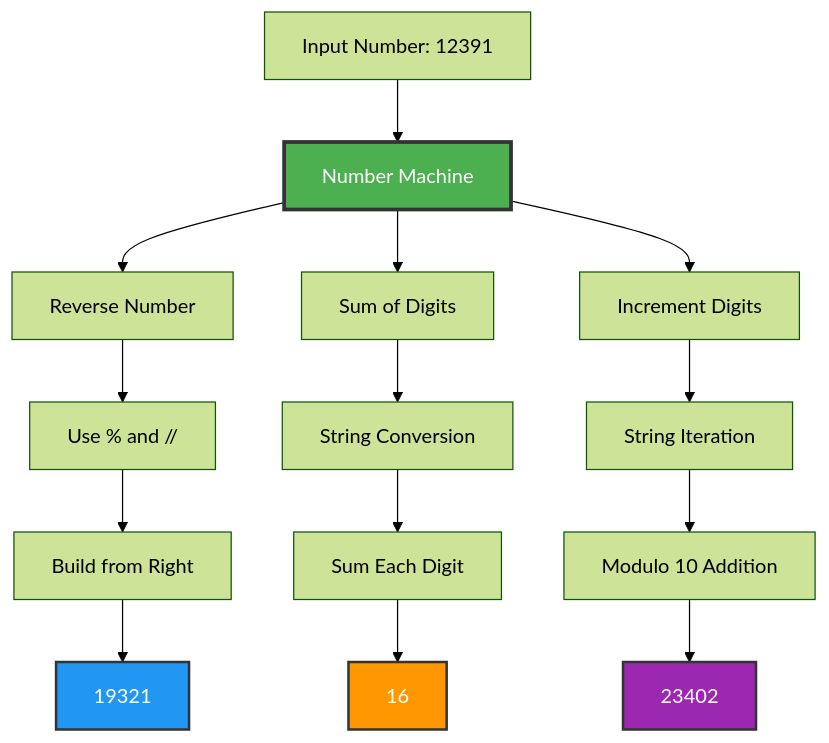
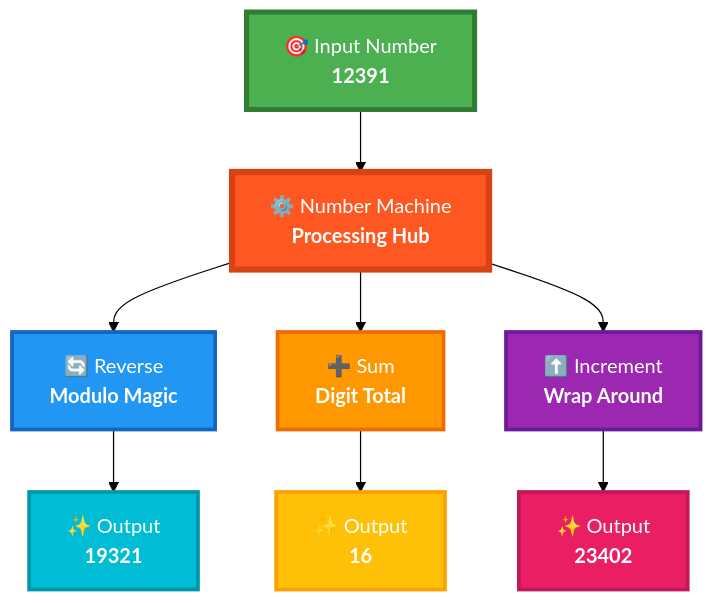
The diagram in project-4/README.md (LuthandoCandlovu/sarao-technical-challenge), drawn with Mermaid (forest theme) before and after one commit. The commit also changed other lines of this file and 5 other files, not shown here.

````diff
--- a/project-4/README.md
+++ b/project-4/README.md
@@ -28,25 +133,30 @@
 ```mermaid
 graph TB
-    A[Input Number: 12391] --> B[Number Machine]
+    A["🎯 Input Number<br/><b>12391</b>"]
+    B["⚙️ Number Machine<br/><b>Processing Hub</b>"]
 
-    B --> C[Reverse Number]
-    B --> D[Sum of Digits]
-    B --> E[Increment Digits]
+    C["🔄 Reverse<br/><b>Modulo Magic</b>"]
+    D["➕ Sum<br/><b>Digit Total</b>"]
+    E["⬆️ Increment<br/><b>Wrap Around</b>"]
 
-    C --> C1[Use % and //]
-    C1 --> C2[Build from Right]
-    C2 --> C3[19321]
+    F["✨ Output<br/><b>19321</b>"]
+    G["✨ Output<br/><b>16</b>"]
+    H["✨ Output<br/><b>23402</b>"]
 
-    D --> D1[String Conversion]
-    D1 --> D2[Sum Each Digit]
-    D2 --> D3[16]
+    A --> B
+    B --> C
+    B --> D
+    B --> E
+    C --> F
+    D --> G
+    E --> H
 
-    E --> E1[String Iteration]
-    E1 --> E2[Modulo 10 Addition]
-    E2 --> E3[23402]
-
-    style B fill:#4CAF50,stroke:#333,stroke-width:3px,color:#fff
-    style C3 fill:#2196F3,stroke:#333,stroke-width:2px,color:#fff
-    style D3 fill:#FF9800,stroke:#333,stroke-width:2px,color:#fff
-    style E3 fill:#9C27B0,stroke:#333,stroke-width:2px,color:#fff
+    style A fill:#4CAF50,stroke:#2E7D32,stroke-width:4px,color:#fff,font-size:16px
+    style B fill:#FF5722,stroke:#D84315,stroke-width:5px,color:#fff,font-size:16px
+    style C fill:#2196F3,stroke:#1565C0,stroke-width:3px,color:#fff
+    style D fill:#FF9800,stroke:#EF6C00,stroke-width:3px,color:#fff
+    style E fill:#9C27B0,stroke:#6A1B9A,stroke-width:3px,color:#fff
+    style F fill:#00BCD4,stroke:#0097A7,stroke-width:3px,color:#fff
+    style G fill:#FFC107,stroke:#FFA000,stroke-width:3px,color:#fff
+    style H fill:#E91E63,stroke:#C2185B,stroke-width:3px,color:#fff
 ```
````
